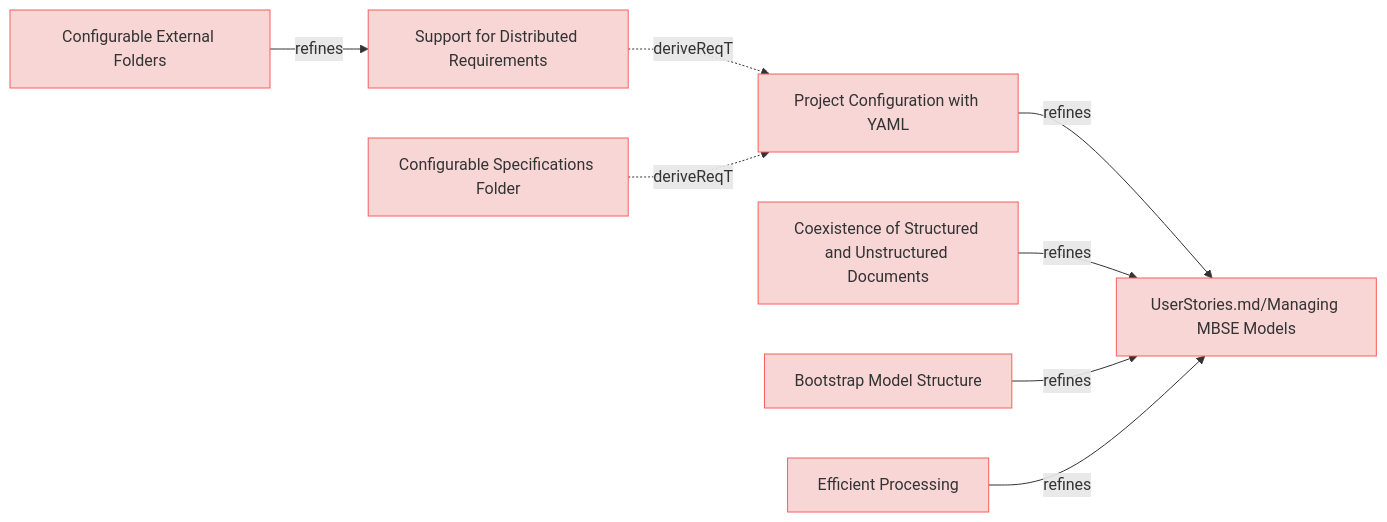
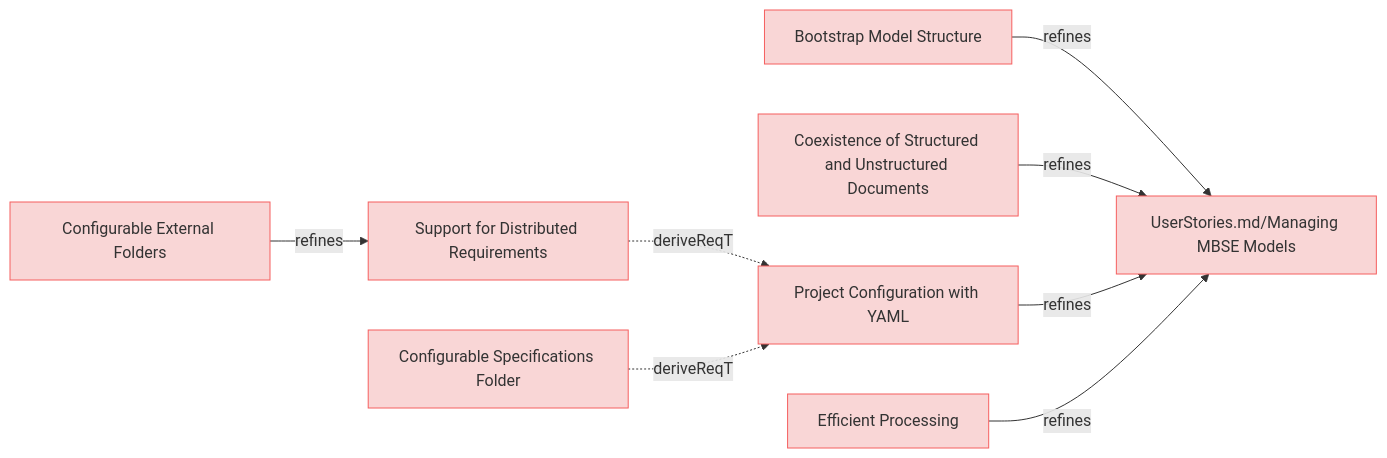
The diagram in specifications/ManagingMbseModelsRequirements.md (reqvire-org/reqvire), drawn with Mermaid before and after one commit. The commit also changed other lines of this file and 14 other files, not shown here.

Commit message:
Diagram fixes

````diff
--- a/specifications/ManagingMbseModelsRequirements.md
+++ b/specifications/ManagingMbseModelsRequirements.md
@@ -4,40 +4,40 @@
 ```mermaid
 graph LR;
   %% Graph styling
   classDef requirement fill:#f9d6d6,stroke:#f55f5f,stroke-width:1px;
   classDef verification fill:#d6f9d6,stroke:#5fd75f,stroke-width:1px;
   classDef externalLink fill:#d0e0ff,stroke:#3080ff,stroke-width:1px;
   classDef default fill:#f5f5f5,stroke:#333333,stroke-width:1px;
 
-  ce24dbacb9646f3b["Project Configuration with YAML"];
-  click ce24dbacb9646f3b "ManagingMbseModelsRequirements.md#project-configuration-with-yaml";
-  class ce24dbacb9646f3b requirement;
+  96bbd81f5cefdfd4["Bootstrap Model Structure"];
+  click 96bbd81f5cefdfd4 "ManagingMbseModelsRequirements.md#bootstrap-model-structure";
+  class 96bbd81f5cefdfd4 requirement;
   852dea6cfecb47f5["UserStories.md/Managing MBSE Models"];
   class 852dea6cfecb47f5 requirement;
   click 852dea6cfecb47f5 "UserStories.md#managing-mbse-models";
-  ce24dbacb9646f3b -->|refines| 852dea6cfecb47f5;
+  96bbd81f5cefdfd4 -->|refines| 852dea6cfecb47f5;
+  e7286123b1b97862["Support for Distributed Requirements"];
+  click e7286123b1b97862 "ManagingMbseModelsRequirements.md#support-for-distributed-requirements";
+  class e7286123b1b97862 requirement;
+  ce24dbacb9646f3b["Project Configuration with YAML"];
+  class ce24dbacb9646f3b requirement;
+  click ce24dbacb9646f3b "ManagingMbseModelsRequirements.md#project-configuration-with-yaml";
+  e7286123b1b97862 -.->|deriveReqT| ce24dbacb9646f3b;
   daadd8e583647e4f["Coexistence of Structured and Unstructured Documents"];
   click daadd8e583647e4f "ManagingMbseModelsRequirements.md#coexistence-of-structured-and-unstructured-documents";
   class daadd8e583647e4f requirement;
   daadd8e583647e4f -->|refines| 852dea6cfecb47f5;
-  a5483b08d4e8d960["Configurable External Folders"];
-  click a5483b08d4e8d960 "ManagingMbseModelsRequirements.md#configurable-external-folders";
-  class a5483b08d4e8d960 requirement;
-  e7286123b1b97862["Support for Distributed Requirements"];
-  class e7286123b1b97862 requirement;
-  click e7286123b1b97862 "ManagingMbseModelsRequirements.md#support-for-distributed-requirements";
-  a5483b08d4e8d960 -->|refines| e7286123b1b97862;
-  96bbd81f5cefdfd4["Bootstrap Model Structure"];
-  click 96bbd81f5cefdfd4 "ManagingMbseModelsRequirements.md#bootstrap-model-structure";
-  class 96bbd81f5cefdfd4 requirement;
-  96bbd81f5cefdfd4 -->|refines| 852dea6cfecb47f5;
-  e7286123b1b97862 -.->|deriveReqT| ce24dbacb9646f3b;
+  ce24dbacb9646f3b -->|refines| 852dea6cfecb47f5;
   21e4eb87cb55ea5e["Efficient Processing"];
   click 21e4eb87cb55ea5e "ManagingMbseModelsRequirements.md#efficient-processing";
   class 21e4eb87cb55ea5e requirement;
   21e4eb87cb55ea5e -->|refines| 852dea6cfecb47f5;
   61be4a1815b94bfd["Configurable Specifications Folder"];
   click 61be4a1815b94bfd "ManagingMbseModelsRequirements.md#configurable-specifications-folder";
   class 61be4a1815b94bfd requirement;
   61be4a1815b94bfd -.->|deriveReqT| ce24dbacb9646f3b;
+  a5483b08d4e8d960["Configurable External Folders"];
+  click a5483b08d4e8d960 "ManagingMbseModelsRequirements.md#configurable-external-folders";
+  class a5483b08d4e8d960 requirement;
+  a5483b08d4e8d960 -->|refines| e7286123b1b97862;
 ```
````
